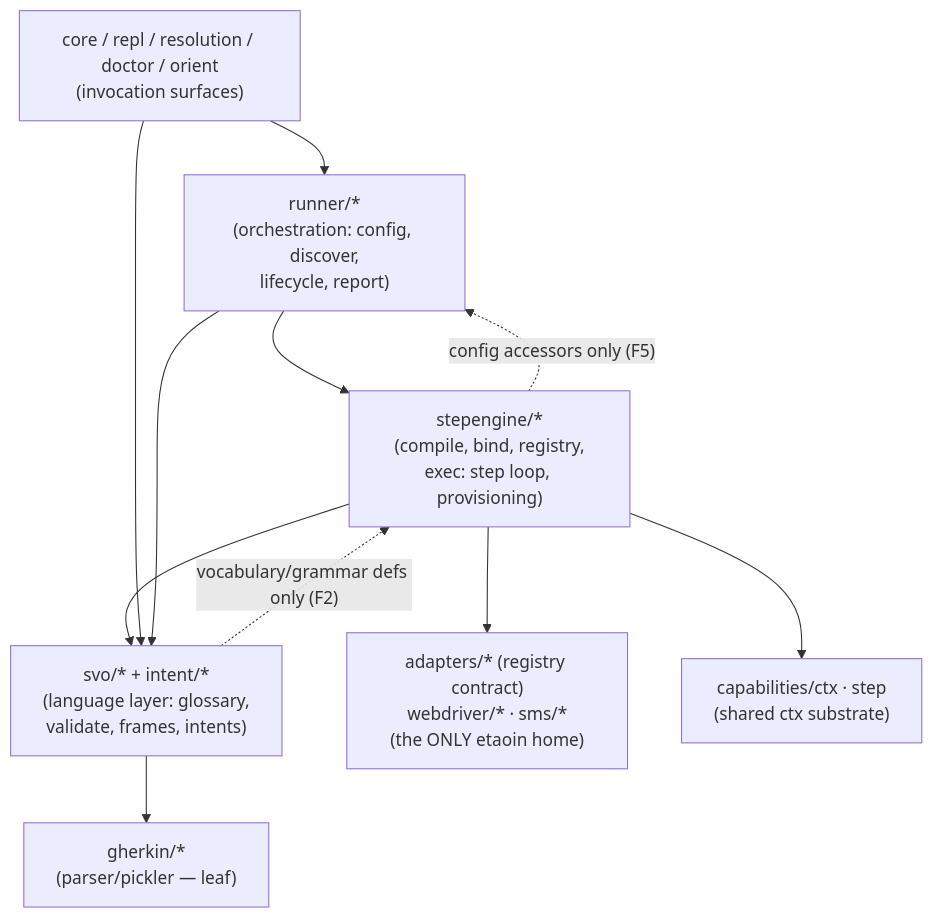
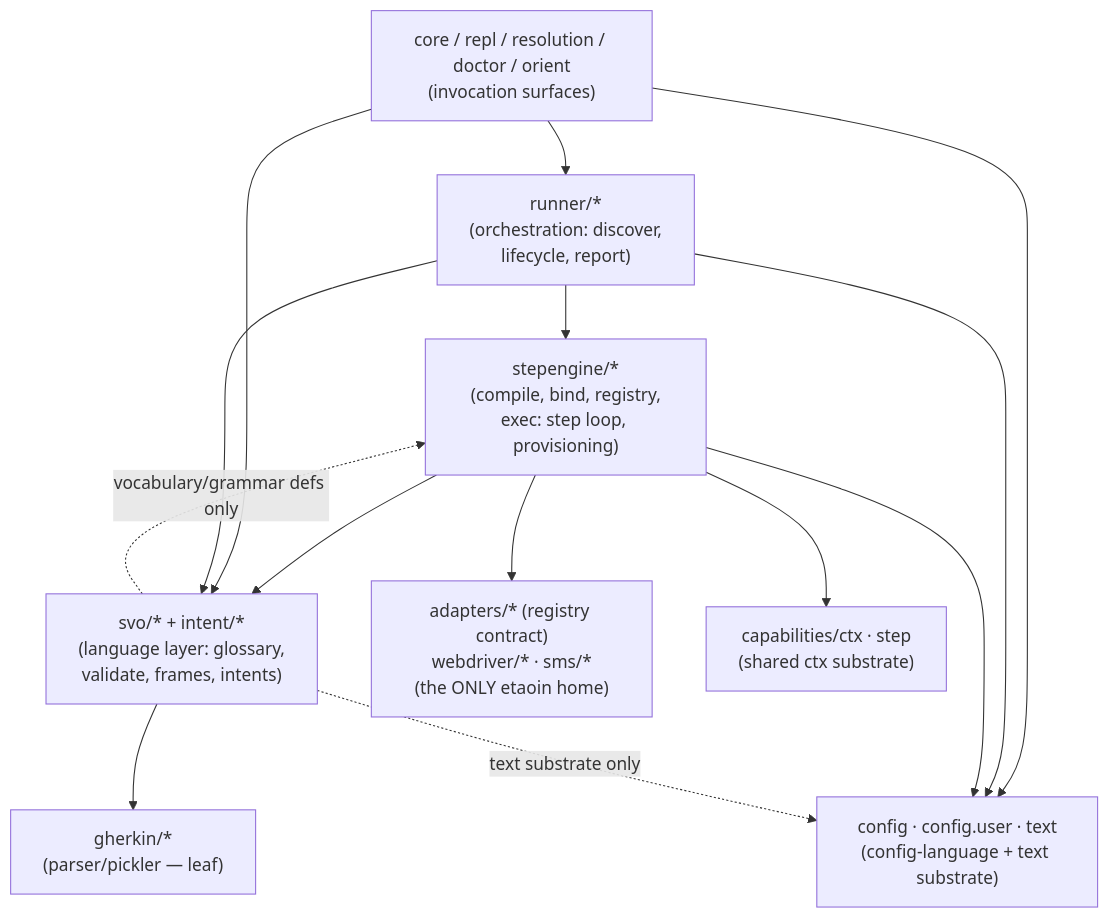
Before and after one commit to SHIFT-LEFTER/shiftlefter: the diagram in docs/architecture/module-map.md, drawn with Mermaid. The commit also changed other lines of this file and 127 other files, not shown here.

Commit message:
Release v0.5.6 - Never lie after the run: error-class contract, observation-carrying polls, generated architecture pages

````diff
--- a/docs/architecture/module-map.md
+++ b/docs/architecture/module-map.md
@@ -15,18 +21,22 @@
 ```mermaid
 graph TD
     CLI["core / repl / resolution / doctor / orient<br/>(invocation surfaces)"]
-    RUNNER["runner/*<br/>(orchestration: config, discover,<br/>lifecycle, report)"]
+    RUNNER["runner/*<br/>(orchestration: discover,<br/>lifecycle, report)"]
     ENGINE["stepengine/*<br/>(compile, bind, registry,<br/>exec: step loop, provisioning)"]
     SVO["svo/* + intent/*<br/>(language layer: glossary,<br/>validate, frames, intents)"]
     GHERKIN["gherkin/*<br/>(parser/pickler — leaf)"]
     ADAPTERS["adapters/* (registry contract)<br/>webdriver/* · sms/*<br/>(the ONLY etaoin home)"]
     CAPS["capabilities/ctx · step<br/>(shared ctx substrate)"]
+    CONFIG["config · config.user · text<br/>(config-language + text substrate)"]
 
     CLI --> RUNNER --> ENGINE --> SVO --> GHERKIN
     ENGINE --> ADAPTERS
     ENGINE --> CAPS
     CLI --> SVO
     RUNNER --> SVO
-    SVO -. "vocabulary/grammar defs only (F2)" .-> ENGINE
-    ENGINE -. "config accessors only (F5)" .-> RUNNER
+    CLI --> CONFIG
+    RUNNER --> CONFIG
+    ENGINE --> CONFIG
+    SVO -. "text substrate only" .-> CONFIG
+    SVO -. "vocabulary/grammar defs only" .-> ENGINE
 ```
````
